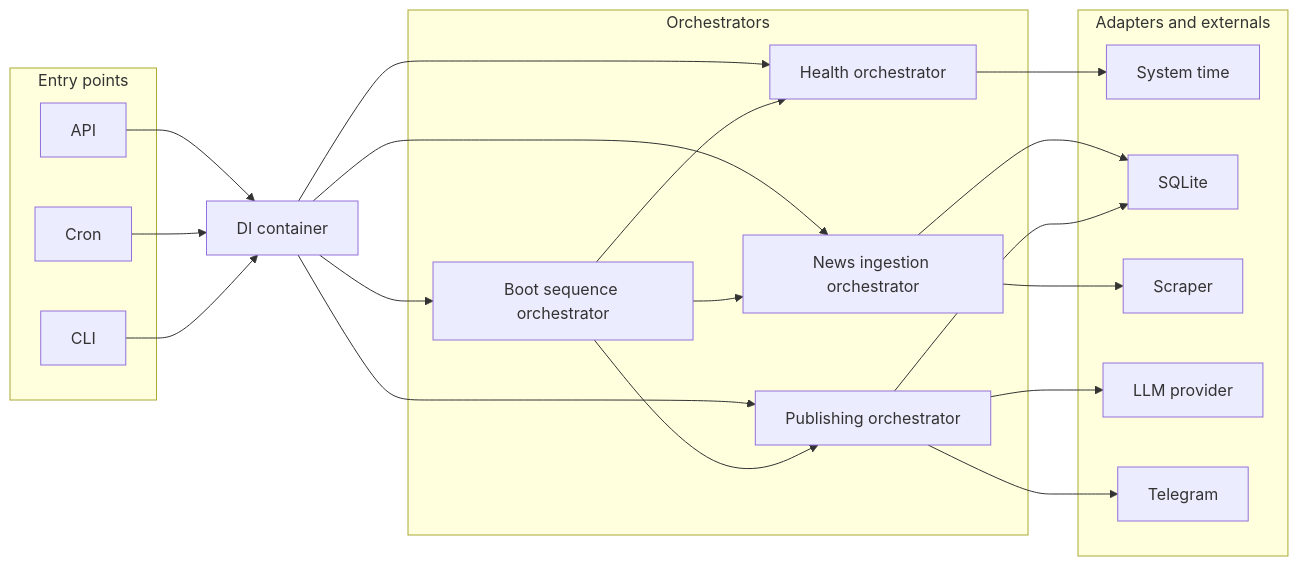
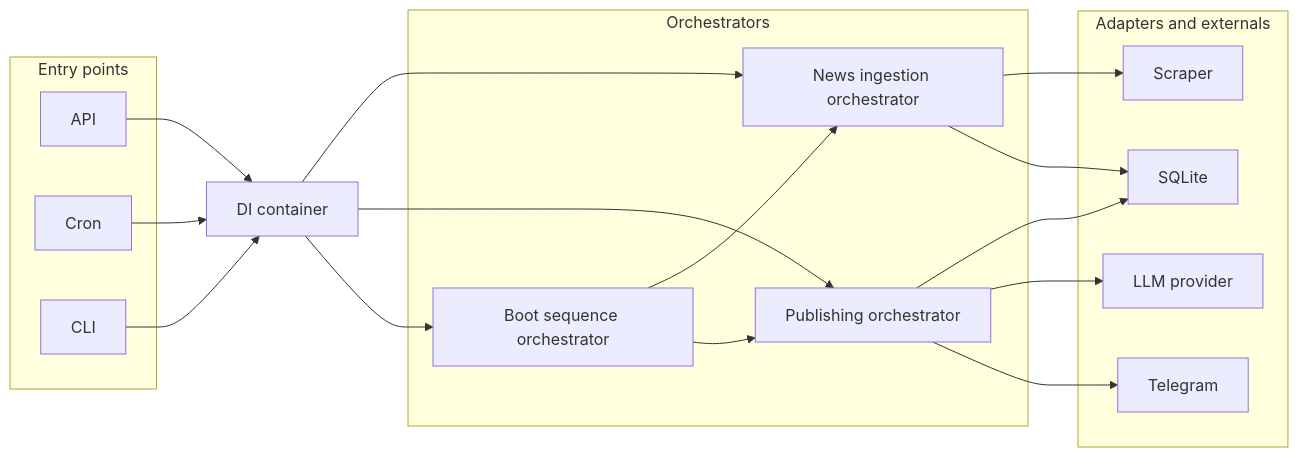
Before and after one commit to Romkoos/new-bot-be: the first of 3 diagrams in docs/system/SystemArchitectureDiagram.md, drawn with Mermaid. The commit also changed other lines of this file and 35 other files, not shown here.

````diff
--- a/docs/system/SystemArchitectureDiagram.md
+++ b/docs/system/SystemArchitectureDiagram.md
@@ -12,45 +12,40 @@
 ```mermaid
 flowchart LR
   subgraph EntryPoints[Entry points]
     API[API]
     CRON[Cron]
     CLI[CLI]
   end
 
   DI[DI container]
 
   subgraph Orchestrators[Orchestrators]
-    HealthOrch[Health orchestrator]
     IngestOrch[News ingestion orchestrator]
     PublishOrch[Publishing orchestrator]
     BootOrch[Boot sequence orchestrator]
   end
 
   subgraph Adapters[Adapters and externals]
-    Time[System time]
     Sqlite[SQLite]
     Scraper[Scraper]
     LLM[LLM provider]
     Telegram[Telegram]
   end
 
   API --> DI
   CRON --> DI
   CLI --> DI
 
-  DI --> HealthOrch
   DI --> IngestOrch
   DI --> PublishOrch
   DI --> BootOrch
 
-  HealthOrch --> Time
   IngestOrch --> Scraper
   IngestOrch --> Sqlite
   PublishOrch --> Sqlite
   PublishOrch --> LLM
   PublishOrch --> Telegram
 
-  BootOrch --> HealthOrch
   BootOrch --> IngestOrch
   BootOrch --> PublishOrch
 ```
````
